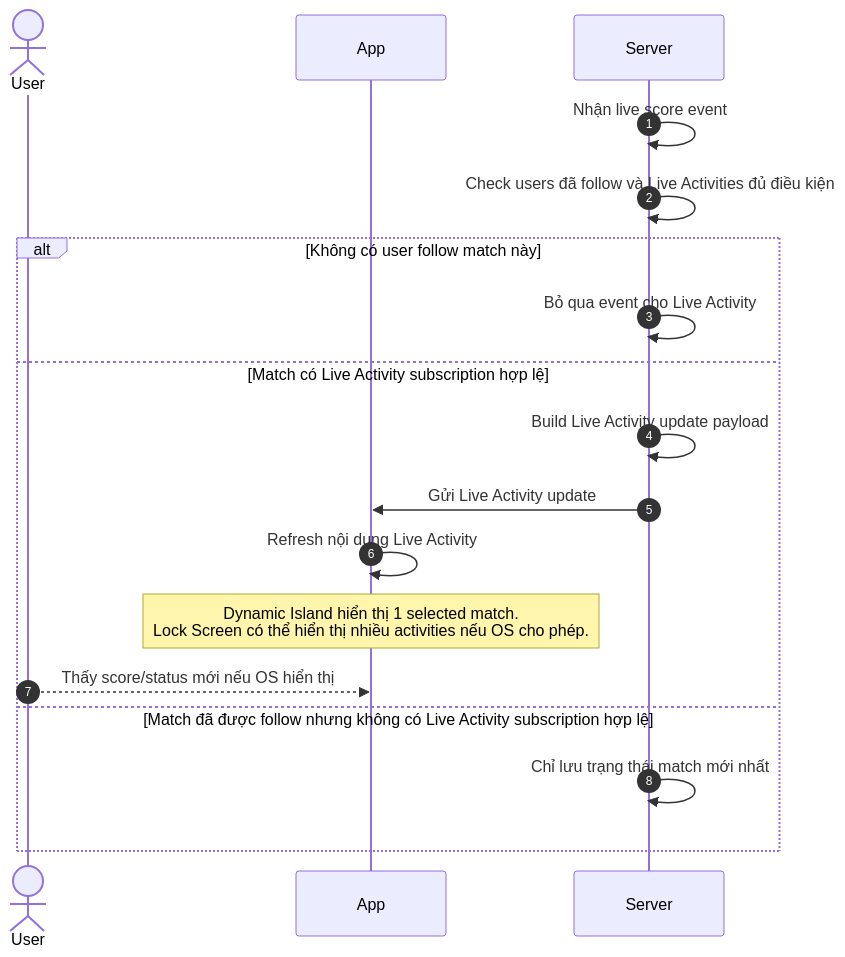
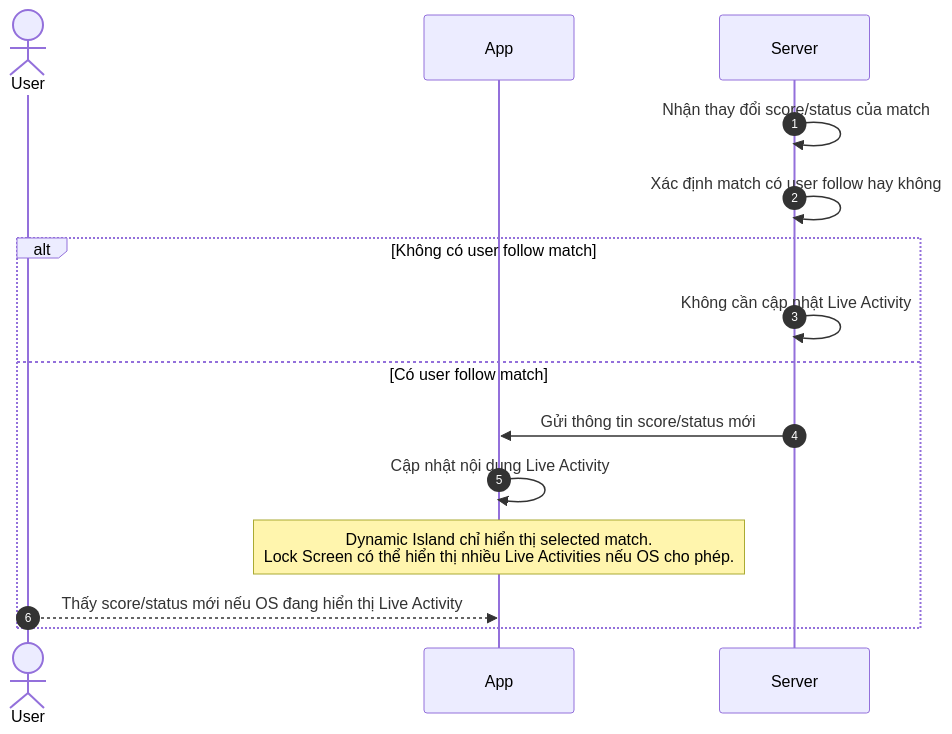
The second of 4 diagrams in features/final-docs/Sport-Zone/Live-Activity/product/live-activity-user-flows-functional-requirements.md (duongdang1136/FPTPLay), drawn with Mermaid before and after one commit. The commit also changed other lines of this file, not shown here.

Commit message:
docs: simplify live activity functional flows

````diff
--- a/features/final-docs/Sport-Zone/Live-Activity/product/live-activity-user-flows-functional-requirements.md
+++ b/features/final-docs/Sport-Zone/Live-Activity/product/live-activity-user-flows-functional-requirements.md
@@ -89,23 +80,20 @@
 ```mermaid
 sequenceDiagram
     autonumber
 
     actor User
     participant App
     participant Server
 
-    Server->>Server: Nhận live score event
-    Server->>Server: Check users đã follow và Live Activities đủ điều kiện
+    Server->>Server: Nhận thay đổi score/status của match
+    Server->>Server: Xác định match có user follow hay không
 
-    alt Không có user follow match này
-        Server->>Server: Bỏ qua event cho Live Activity
-    else Match có Live Activity subscription hợp lệ
-        Server->>Server: Build Live Activity update payload
-        Server->>App: Gửi Live Activity update
-        App->>App: Refresh nội dung Live Activity
-        Note over App: Dynamic Island hiển thị 1 selected match.<br/>Lock Screen có thể hiển thị nhiều activities nếu OS cho phép.
-        User-->>App: Thấy score/status mới nếu OS hiển thị
-    else Match đã được follow nhưng không có Live Activity subscription hợp lệ
-        Server->>Server: Chỉ lưu trạng thái match mới nhất
+    alt Không có user follow match
+        Server->>Server: Không cần cập nhật Live Activity
+    else Có user follow match
+        Server->>App: Gửi thông tin score/status mới
+        App->>App: Cập nhật nội dung Live Activity
+        Note over App: Dynamic Island chỉ hiển thị selected match.<br/>Lock Screen có thể hiển thị nhiều Live Activities nếu OS cho phép.
+        User-->>App: Thấy score/status mới nếu OS đang hiển thị Live Activity
     end
 ```
````
